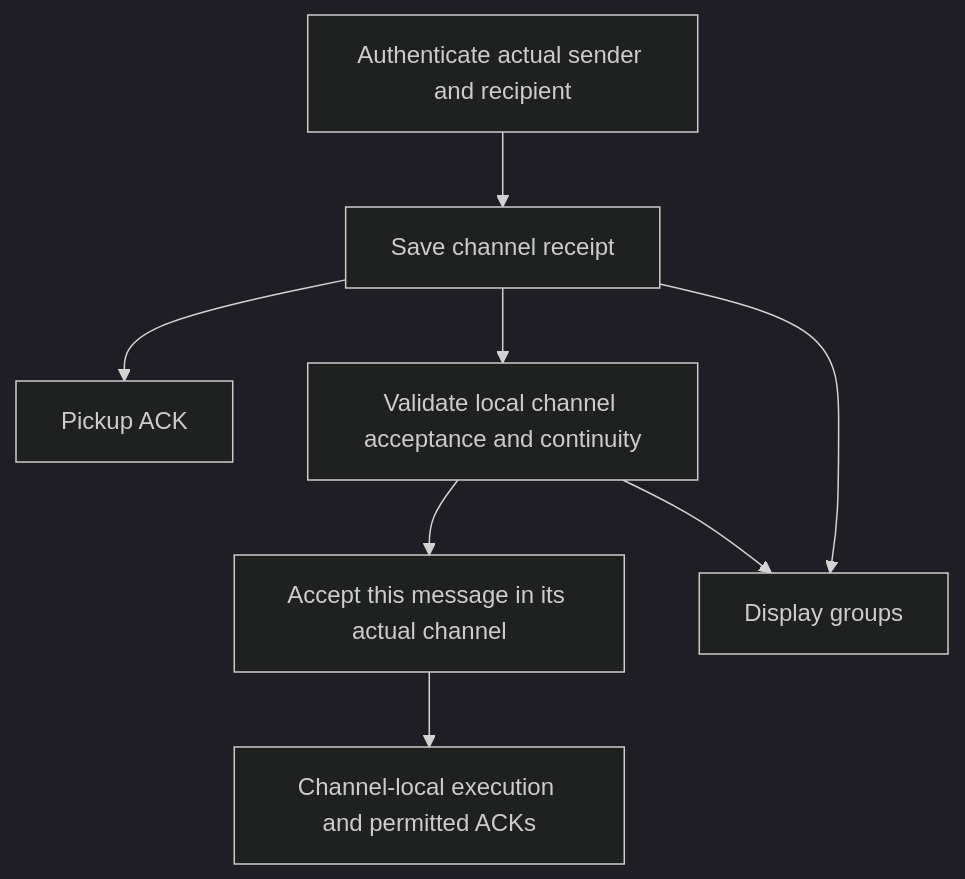
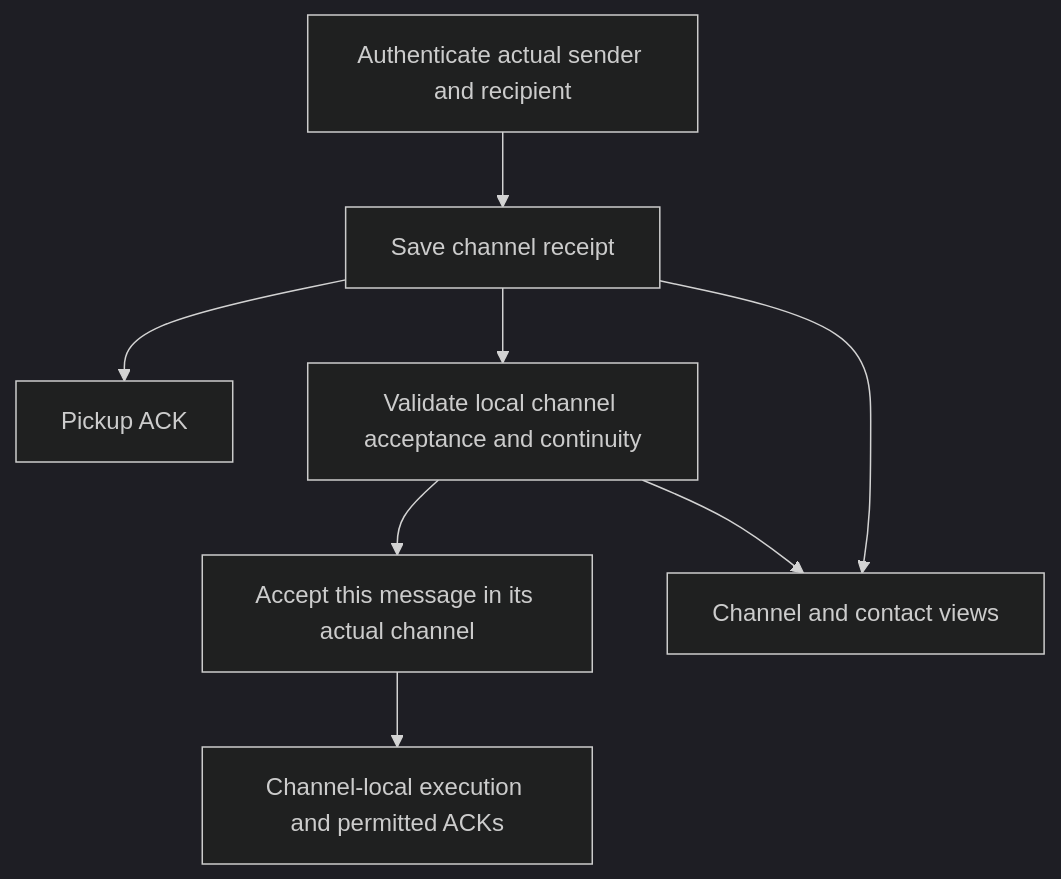
The first of 2 diagrams in docs/replica-model/channels.md (estoc-net/estoc), drawn with Mermaid (dark theme) before and after one commit. The commit also changed other lines of this file and 7 other files, not shown here.

Commit message:
docs: replace display relationships with direct contact channels

````diff
--- a/docs/replica-model/channels.md
+++ b/docs/replica-model/channels.md
@@ -33,10 +34,10 @@
 ```mermaid
 flowchart TD
     A[Authenticate actual sender and recipient] --> B[Save channel receipt]
     B --> C[Pickup ACK]
     B --> D[Validate local channel acceptance and continuity]
     D --> E[Accept this message in its actual channel]
     E --> F[Channel-local execution and permitted ACKs]
-    B --> G[Display groups]
+    B --> G[Channel and contact views]
     D --> G
 ```
````
